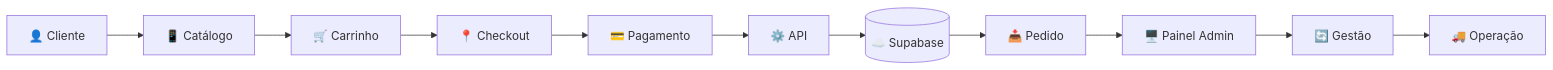
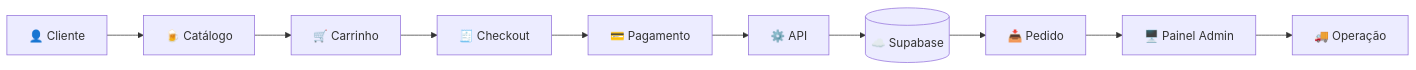
Before and after one commit to CassianoCalian/sistema-gestao-delivery: the diagram in README.md, drawn with Mermaid. The commit also changed other lines of this file, not shown here.

````diff
--- a/README.md
+++ b/README.md
@@ -140,13 +238,24 @@
 ```mermaid
 flowchart LR
-    A["👤 Cliente"] --> B["📱 Catálogo"]
-    B --> C["🛒 Carrinho"]
-    C --> D["📍 Checkout"]
-    D --> E["💳 Pagamento"]
-    E --> F["⚙️ API"]
-    F --> G[("☁️ Supabase")]
-    G --> H["📥 Pedido"]
-    H --> I["🖥️ Painel Admin"]
-    I --> J["🔄 Gestão"]
-    J --> K["🚚 Operação"]
+
+    CLIENTE["👤 Cliente"]
+    CATALOGO["🍺 Catálogo"]
+    CARRINHO["🛒 Carrinho"]
+    CHECKOUT["🧾 Checkout"]
+    PAGAMENTO["💳 Pagamento"]
+    API["⚙️ API"]
+    BANCO[("☁️ Supabase")]
+    PEDIDO["📥 Pedido"]
+    ADMIN["🖥️ Painel Admin"]
+    OPERACAO["🚚 Operação"]
+
+    CLIENTE --> CATALOGO
+    CATALOGO --> CARRINHO
+    CARRINHO --> CHECKOUT
+    CHECKOUT --> PAGAMENTO
+    PAGAMENTO --> API
+    API --> BANCO
+    BANCO --> PEDIDO
+    PEDIDO --> ADMIN
+    ADMIN --> OPERACAO
 ```
````
